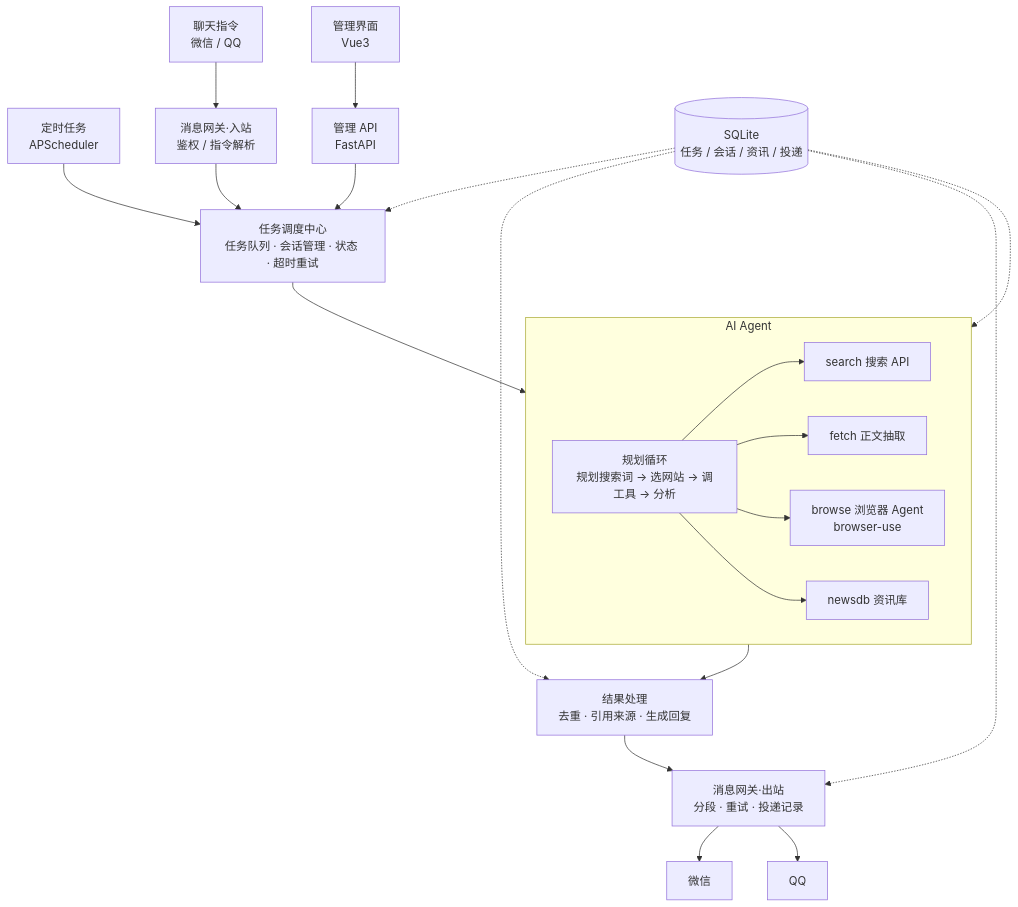
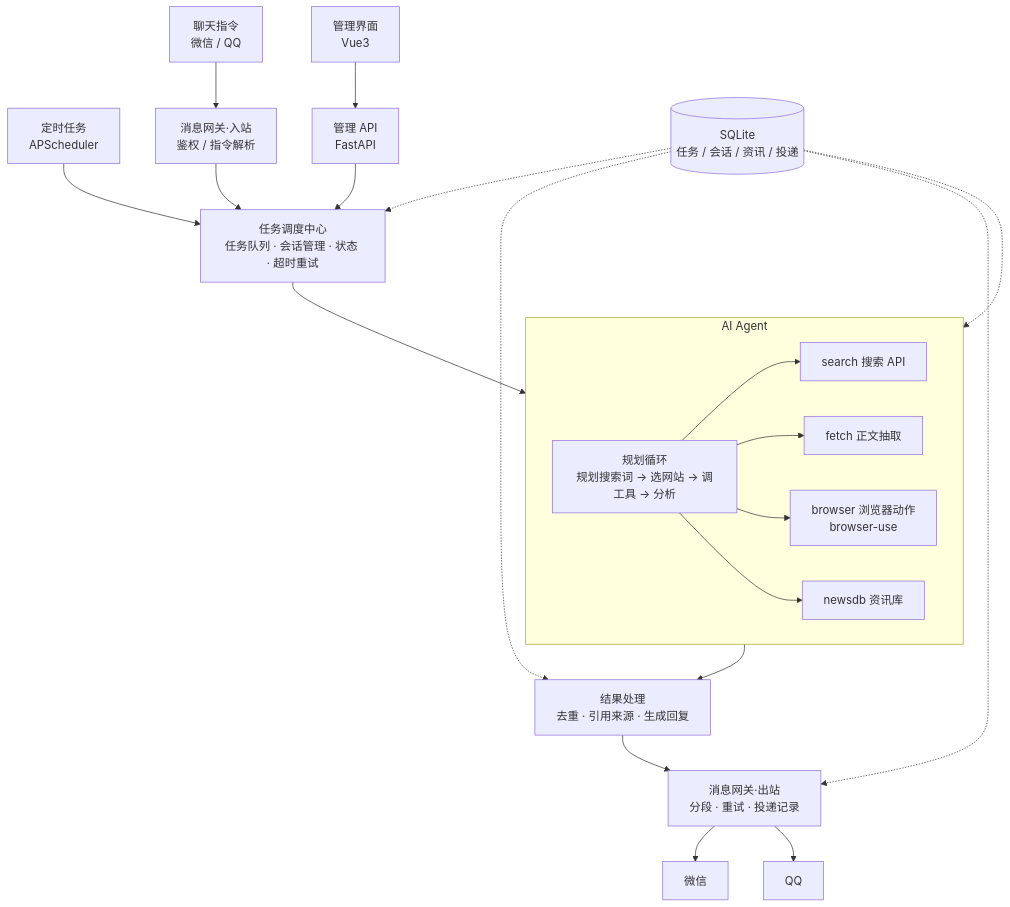
One commit to pitemp188-jpg/news_bot changed the first of 4 diagrams in docs/01-architecture.md. Above: the diagram before and after it, drawn with Mermaid. The commit also changed other lines of this file and 18 other files, not shown here.

````diff
--- a/docs/01-architecture.md
+++ b/docs/01-architecture.md
@@ -14,23 +14,23 @@
 ```mermaid
 flowchart TD
     CRON[定时任务<br/>APScheduler] --> DISP
     CHAT[聊天指令<br/>微信 / QQ] --> GW_IN[消息网关·入站<br/>鉴权 / 指令解析]
     GW_IN --> DISP
     ADMIN[管理界面<br/>Vue3] --> API[管理 API<br/>FastAPI] --> DISP
 
     DISP[任务调度中心<br/>任务队列 · 会话管理 · 状态 · 超时重试] --> AGENT
 
     subgraph AGENT[AI Agent]
         RUNNER[规划循环<br/>规划搜索词 → 选网站 → 调工具 → 分析]
         RUNNER --> T1[search 搜索 API]
         RUNNER --> T2[fetch 正文抽取]
-        RUNNER --> T3[browse 浏览器 Agent<br/>browser-use]
+        RUNNER --> T3[browser 浏览器动作<br/>browser-use]
         RUNNER --> T4[newsdb 资讯库]
     end
 
     AGENT --> RESULT[结果处理<br/>去重 · 引用来源 · 生成回复]
     RESULT --> GW_OUT[消息网关·出站<br/>分段 · 重试 · 投递记录]
     GW_OUT --> WX[微信] & QQ[QQ]
 
     DB[(SQLite<br/>任务 / 会话 / 资讯 / 投递)] -.-> DISP & AGENT & RESULT & GW_OUT
 ```
````
